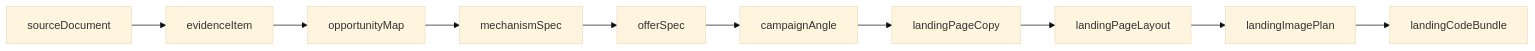
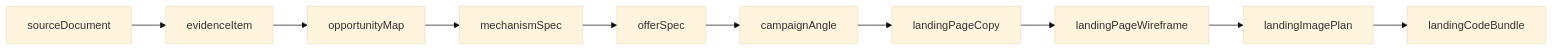
One commit to paulofor/marketing-hub changed the diagram in docs/modelo-canonico-artefatos-pipeline-experimento.md. Above: the diagram before and after it, drawn with Mermaid (base theme). The commit also changed other lines of this file, not shown here.

Commit message:
docs: atualizar artefatos do item Layout da Landing

````diff
--- a/docs/modelo-canonico-artefatos-pipeline-experimento.md
+++ b/docs/modelo-canonico-artefatos-pipeline-experimento.md
@@ -56,12 +111,12 @@
 ```mermaid
 flowchart LR
   A[sourceDocument] --> B[evidenceItem]
   B --> C[opportunityMap]
   C --> D[mechanismSpec]
   D --> E[offerSpec]
   E --> F[campaignAngle]
   F --> G[landingPageCopy]
-  G --> H[landingPageLayout]
+  G --> H[landingPageWireframe]
   H --> I[landingImagePlan]
   I --> J[landingCodeBundle]
 ```
````
